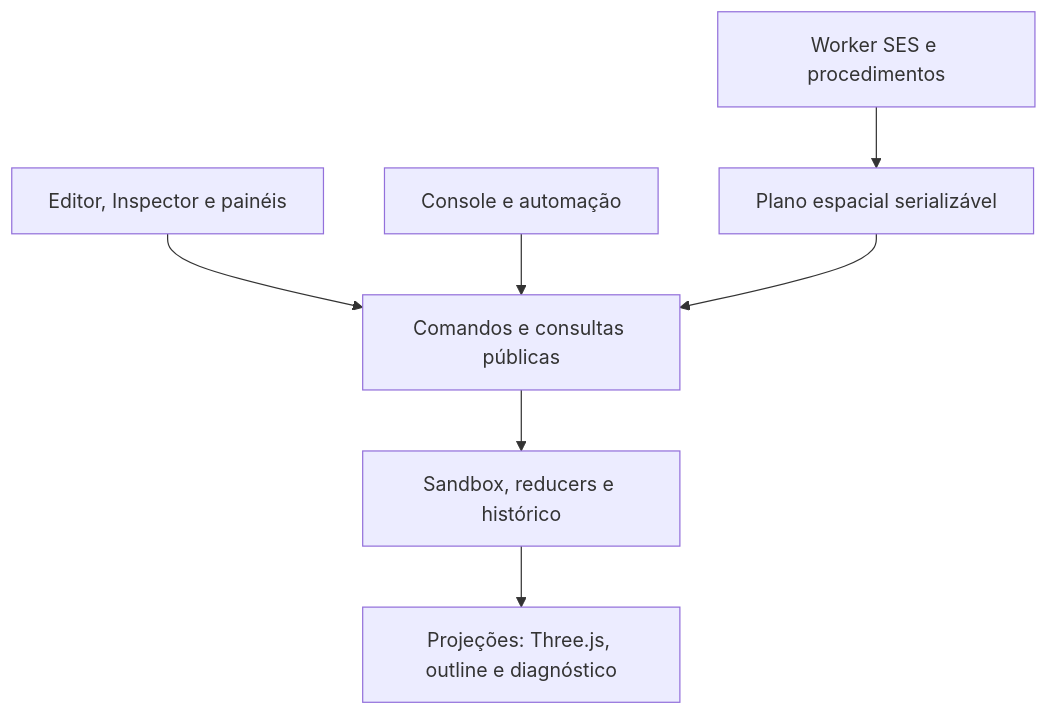
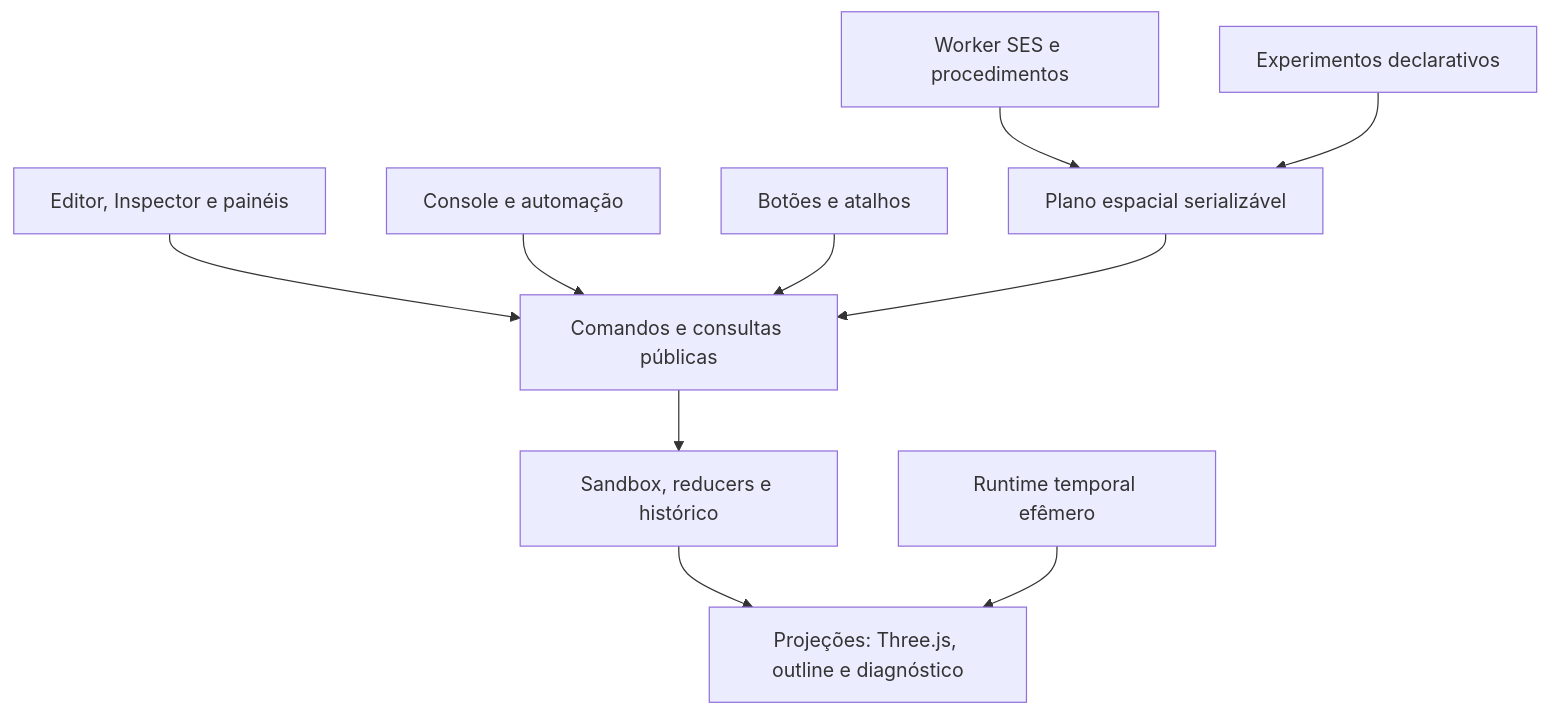
Before and after one commit to livredopodervil/SpatialSeed: the diagram in README.md, drawn with Mermaid. The commit also changed other lines of this file and 40 other files, not shown here.

````diff
--- a/README.md
+++ b/README.md
@@ -258,9 +322,12 @@
 ```mermaid
 flowchart TD
     UI["Editor, Inspector e painéis"] --> API["Comandos e consultas públicas"]
     CONSOLE["Console e automação"] --> API
     SCRIPT["Worker SES e procedimentos"] --> PLAN["Plano espacial serializável"]
+    EXP["Experimentos declarativos"] --> PLAN
+    ACTION["Botões e atalhos"] --> API
     PLAN --> API
     API --> SANDBOX["Sandbox, reducers e histórico"]
     SANDBOX --> VIEW["Projeções: Three.js, outline e diagnóstico"]
+    TIME["Runtime temporal efêmero"] --> VIEW
 ```
````
